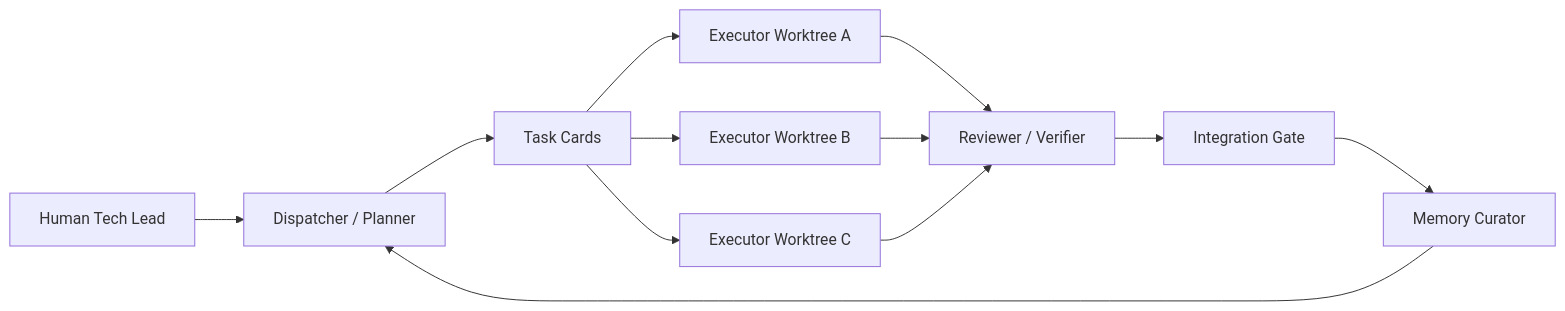
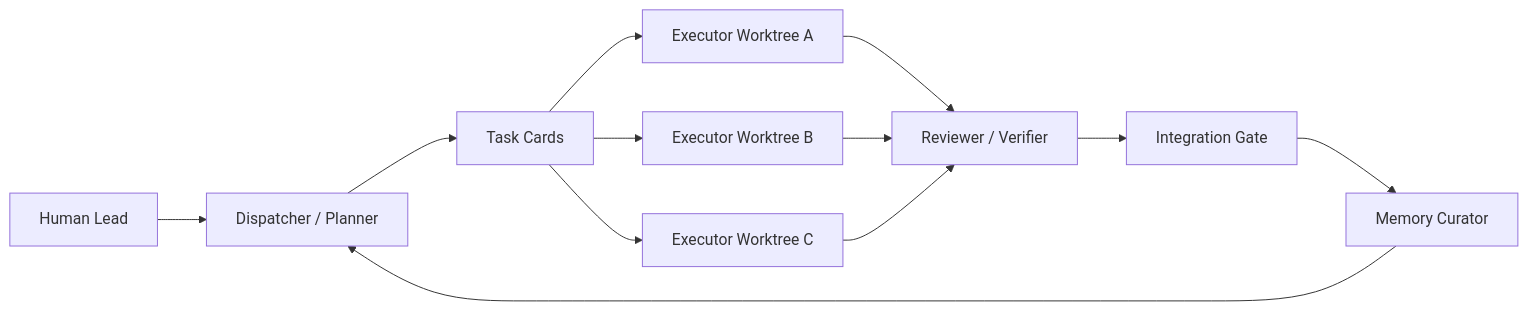
One commit to Allen050121/ai-team-workflow-marketplace changed the diagram in plugins/ai-team-workflow/assets/project-template/README.md. Above: the diagram before and after it, drawn with Mermaid. The commit also changed other lines of this file and 3 other files, not shown here.

````diff
--- a/plugins/ai-team-workflow/assets/project-template/README.md
+++ b/plugins/ai-team-workflow/assets/project-template/README.md
@@ -14,14 +14,14 @@
 ```mermaid
 flowchart LR
-    Human["Human Tech Lead"] --> Dispatcher["Dispatcher / Planner"]
+    Human["Human Lead"] --> Dispatcher["Dispatcher / Planner"]
     Dispatcher --> TaskCards["Task Cards"]
     TaskCards --> Exec1["Executor Worktree A"]
     TaskCards --> Exec2["Executor Worktree B"]
     TaskCards --> Exec3["Executor Worktree C"]
     Exec1 --> Reviewer["Reviewer / Verifier"]
     Exec2 --> Reviewer
     Exec3 --> Reviewer
     Reviewer --> Integration["Integration Gate"]
     Integration --> Memory["Memory Curator"]
     Memory --> Dispatcher
 ```
````
